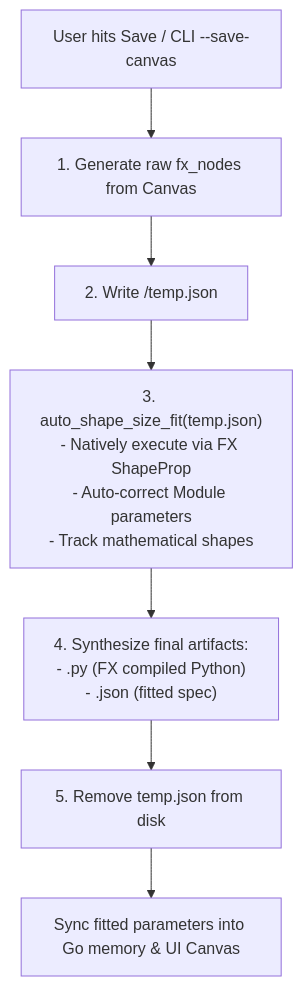
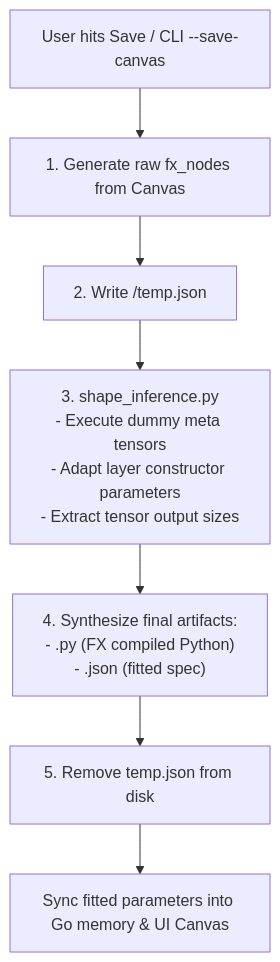
One commit to hoanganhvt/Ein-Theater changed the diagram in src/Canvas/utils/generate code/document.md. Above: the diagram before and after it, drawn with Mermaid. The commit also changed other lines of this file and 4 other files, not shown here.

````diff
--- a/src/Canvas/utils/generate code/document.md
+++ b/src/Canvas/utils/generate code/document.md
@@ -82,9 +82,9 @@
 ```mermaid
 flowchart TD
     A["User hits Save / CLI --save-canvas"] --> B["1. Generate raw fx_nodes from Canvas"]
     B --> C["2. Write <target_folder>/temp.json"]
-    C --> D["3. auto_shape_size_fit(temp.json)<br/>- Natively execute via FX ShapeProp<br/>- Auto-correct Module parameters<br/>- Track mathematical shapes"]
+    C --> D["3. shape_inference.py<br/>- Execute dummy meta tensors<br/>- Adapt layer constructor parameters<br/>- Extract tensor output sizes"]
     D --> E["4. Synthesize final artifacts:<br/>- <model_name>.py (FX compiled Python)<br/>- <model_name>.json (fitted spec)"]
     E --> F["5. Remove temp.json from disk"]
     F --> G["Sync fitted parameters into Go memory & UI Canvas"]
 ```
````
